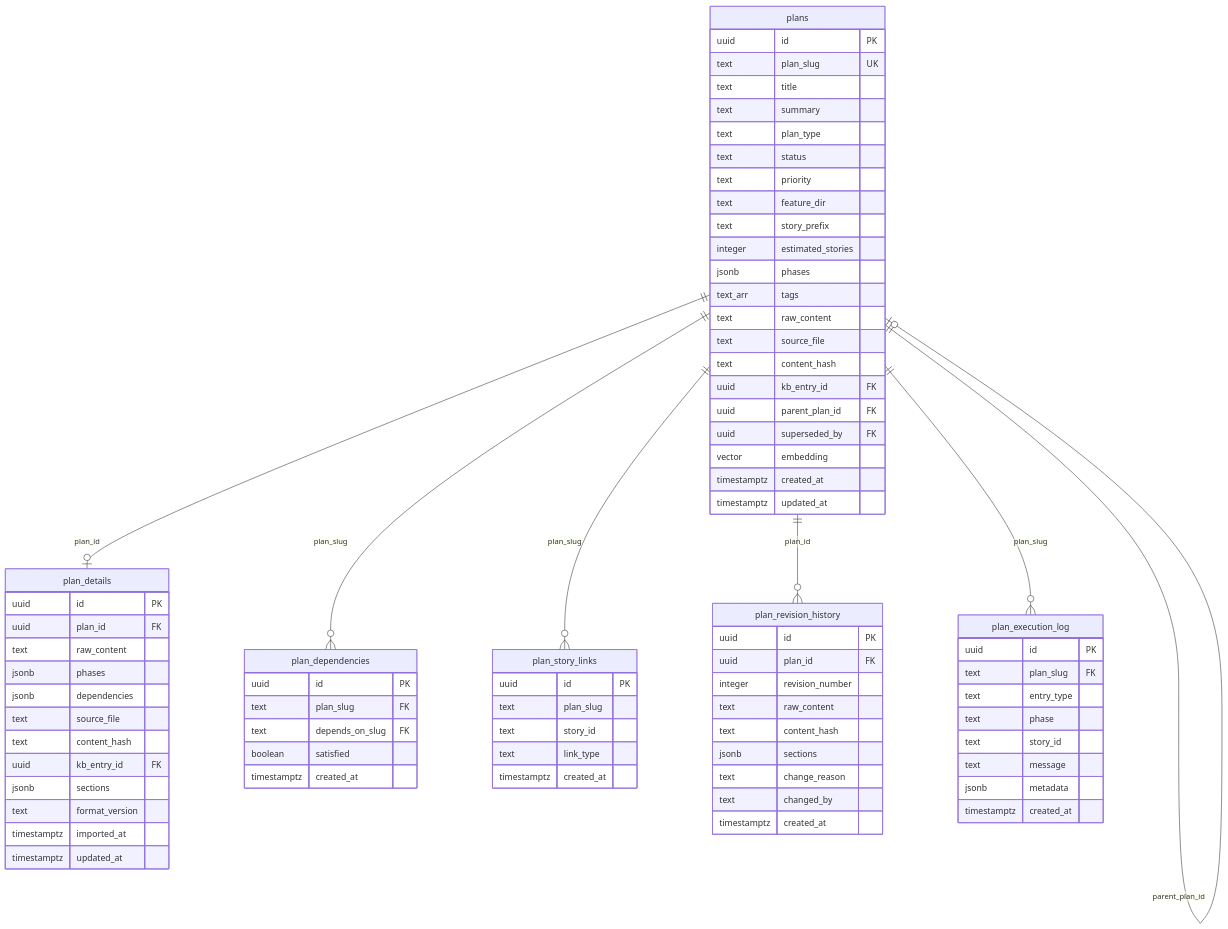
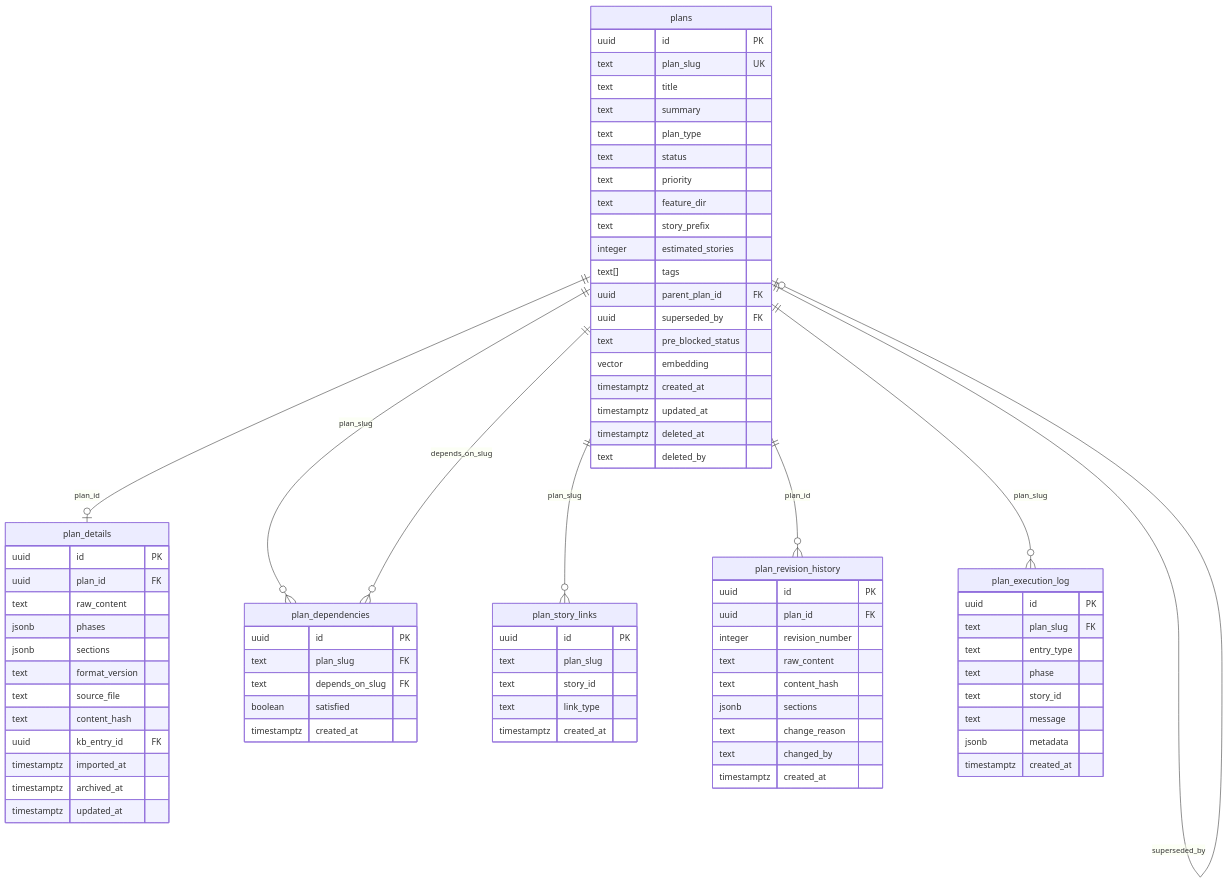
The fourth of 6 diagrams in knowledgebase-erd.md (michael-menard/monorepo), drawn with Mermaid before and after one commit. The commit also changed other lines of this file and 155 other files, not shown here.

```diff
--- a/knowledgebase-erd.md
+++ b/knowledgebase-erd.md
@@ -247,10 +247,12 @@
 erDiagram
     plans ||--o| plan_details : "plan_id"
     plans ||--o{ plan_dependencies : "plan_slug"
+    plans ||--o{ plan_dependencies : "depends_on_slug"
     plans ||--o{ plan_story_links : "plan_slug"
     plans ||--o{ plan_revision_history : "plan_id"
     plans ||--o{ plan_execution_log : "plan_slug"
     plans ||--o| plans : "parent_plan_id"
+    plans ||--o| plans : "superseded_by"
 
     plans {
         uuid id PK
@@ -263,17 +265,15 @@
         text feature_dir
         text story_prefix
         integer estimated_stories
-        jsonb phases
-        text_arr tags
-        text raw_content
-        text source_file
-        text content_hash
-        uuid kb_entry_id FK
+        text[] tags
         uuid parent_plan_id FK
         uuid superseded_by FK
+        text pre_blocked_status
         vector embedding
         timestamptz created_at
         timestamptz updated_at
+        timestamptz deleted_at
+        text deleted_by
     }
 
     plan_details {
@@ -281,13 +281,13 @@
         uuid plan_id FK
         text raw_content
         jsonb phases
-        jsonb dependencies
+        jsonb sections
+        text format_version
         text source_file
         text content_hash
         uuid kb_entry_id FK
-        jsonb sections
-        text format_version
         timestamptz imported_at
+        timestamptz archived_at
         timestamptz updated_at
     }
 
```
